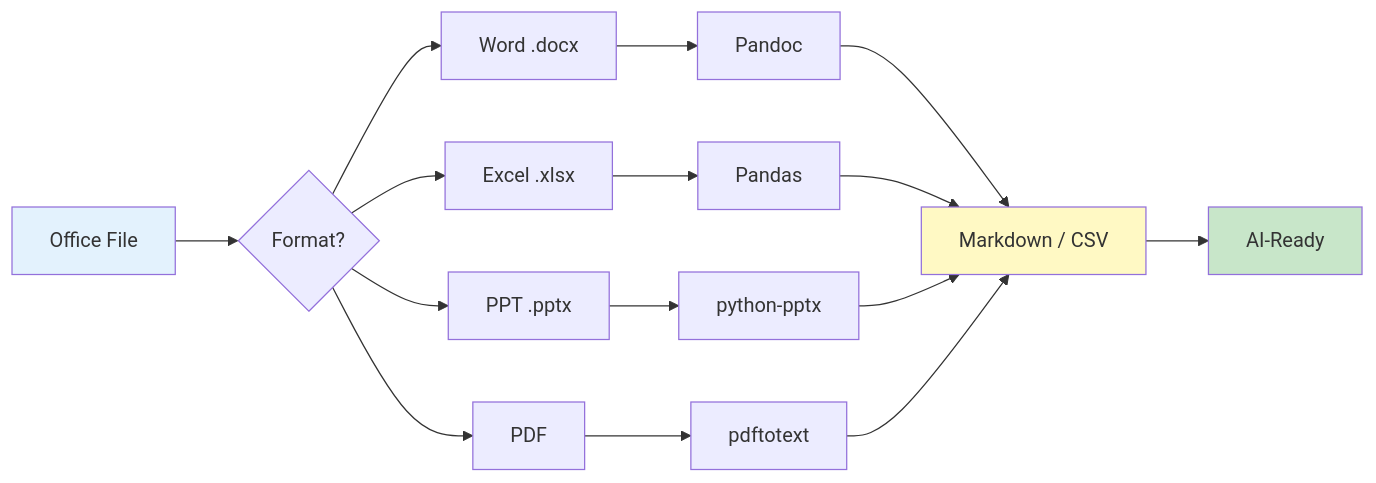
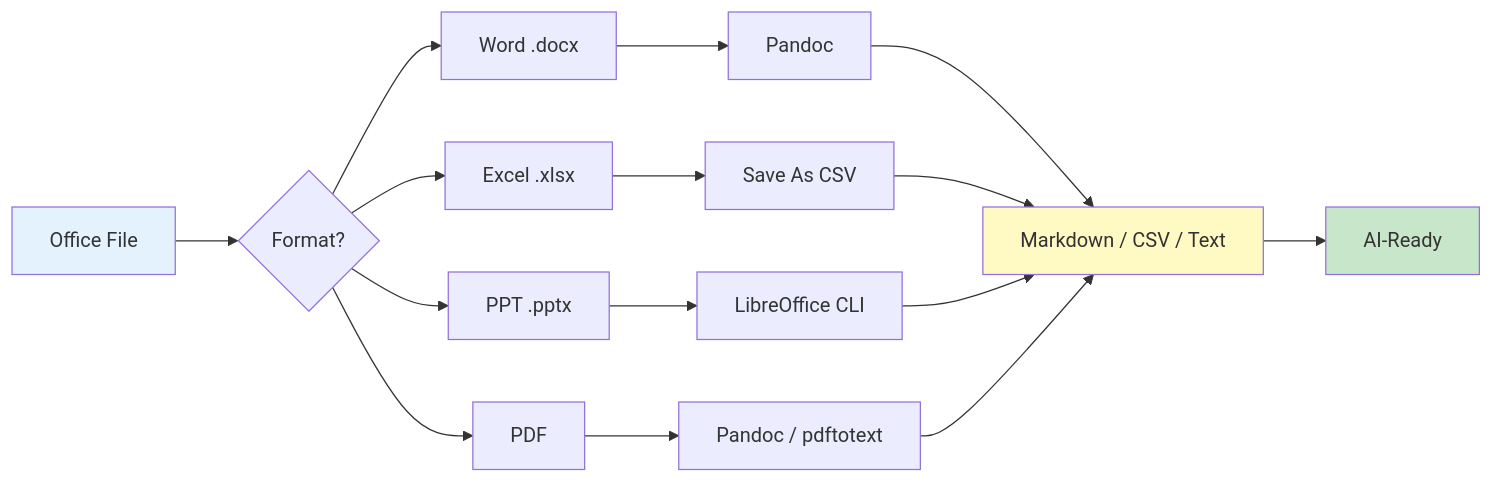
One commit to justinsz/ProPrompt changed the third of 4 diagrams in office_en.md. Above: the diagram before and after it, drawn with Mermaid. The commit also changed other lines of this file and 5 other files, not shown here.

First line of the commit message:
Add Security & Privacy guides (DE+EN), remove Python from Office guides

````diff
--- a/office_en.md
+++ b/office_en.md
@@ -310,20 +331,20 @@
 ```mermaid
 flowchart LR
     A[Office File] --> B{Format?}
     B --> C[Word .docx]
     B --> D[Excel .xlsx]
     B --> E[PPT .pptx]
     B --> F[PDF]
 
     C --> G[Pandoc]
-    D --> H[Pandas]
-    E --> I[python-pptx]
-    F --> J[pdftotext]
+    D --> H[Save As CSV]
+    E --> I[LibreOffice CLI]
+    F --> J[Pandoc / pdftotext]
 
-    G & H & I & J --> K[Markdown / CSV]
+    G & H & I & J --> K[Markdown / CSV / Text]
     K --> L[AI-Ready]
 
     style A fill:#e3f2fd
     style K fill:#fff9c4
     style L fill:#c8e6c9
 ```
````
